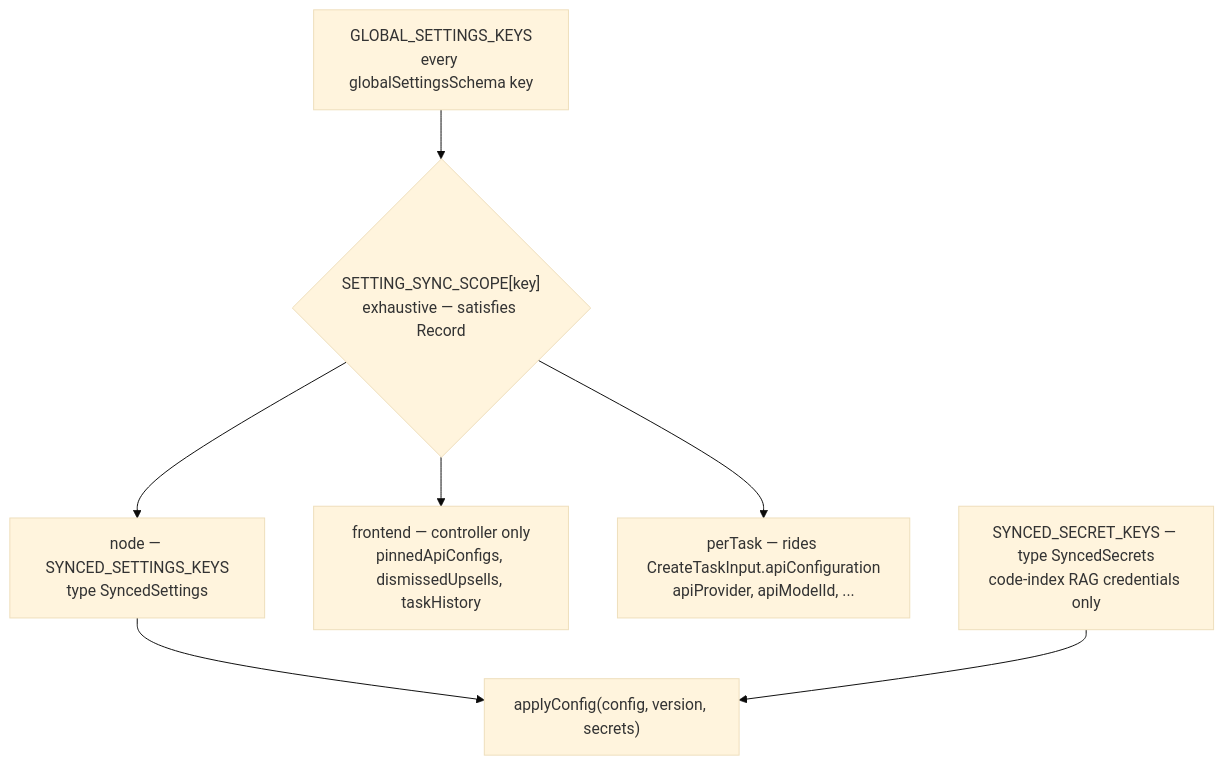
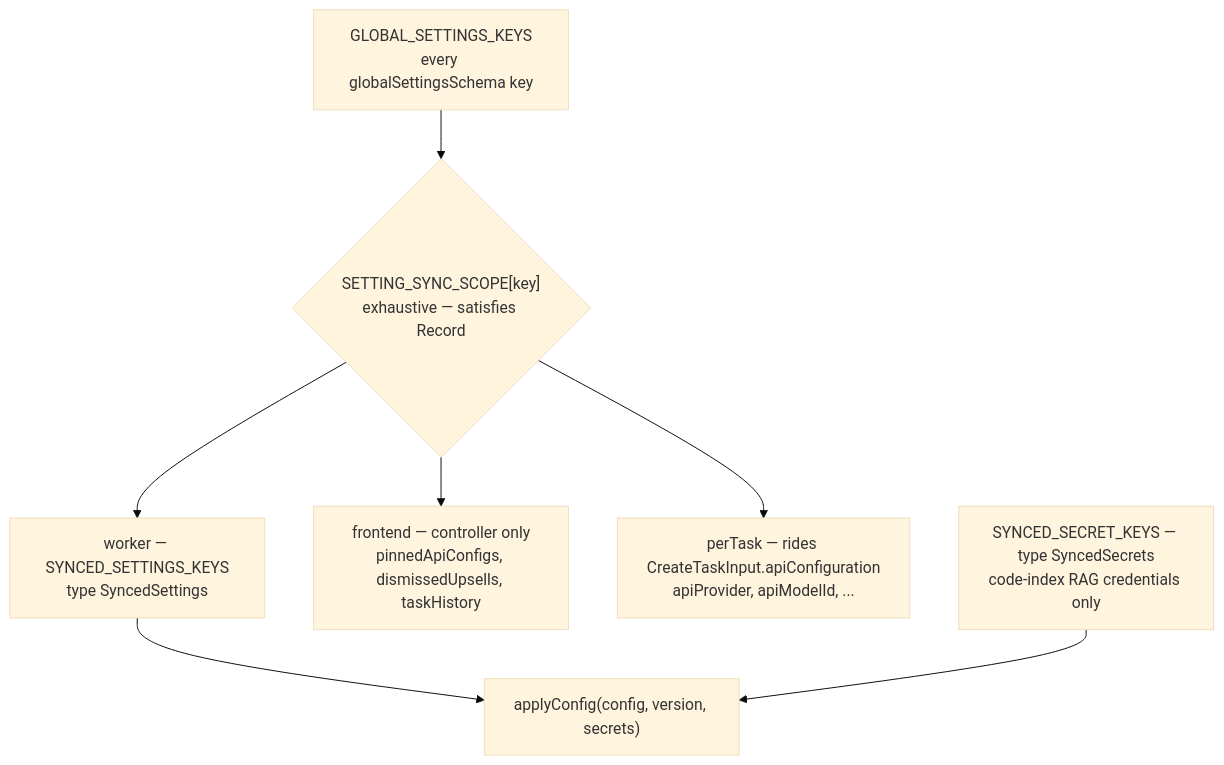
Before and after one commit to shofer-dev/shofer: the first of 3 diagrams in docs/config_sync.md, drawn with Mermaid (base theme). The commit also changed other lines of this file and 65 other files, not shown here.

````diff
--- a/docs/config_sync.md
+++ b/docs/config_sync.md
@@ -144,17 +144,17 @@
 ```mermaid
 flowchart TD
     KEYS["GLOBAL_SETTINGS_KEYS<br/>every globalSettingsSchema key"]
     SCOPE{"SETTING_SYNC_SCOPE[key]<br/>exhaustive — satisfies Record"}
-    NODE["node — SYNCED_SETTINGS_KEYS<br/>type SyncedSettings"]
+    NODE["worker — SYNCED_SETTINGS_KEYS<br/>type SyncedSettings"]
     FE["frontend — controller only<br/>pinnedApiConfigs, dismissedUpsells, taskHistory"]
     PT["perTask — rides CreateTaskInput.apiConfiguration<br/>apiProvider, apiModelId, ..."]
     SEC["SYNCED_SECRET_KEYS — type SyncedSecrets<br/>code-index RAG credentials only"]
     WIRE["applyConfig(config, version, secrets)"]
 
     KEYS --> SCOPE
     SCOPE --> NODE
     SCOPE --> FE
     SCOPE --> PT
     NODE --> WIRE
     SEC --> WIRE
 ```
````
